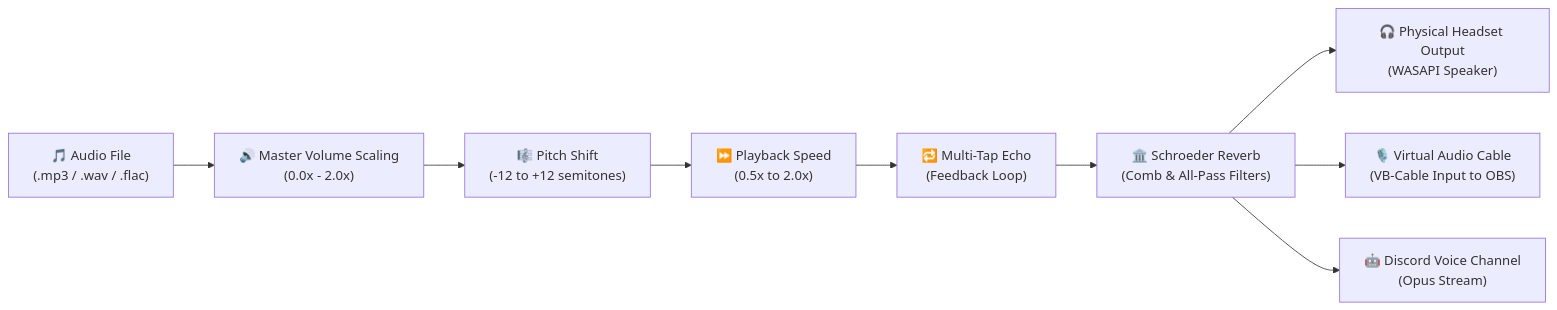
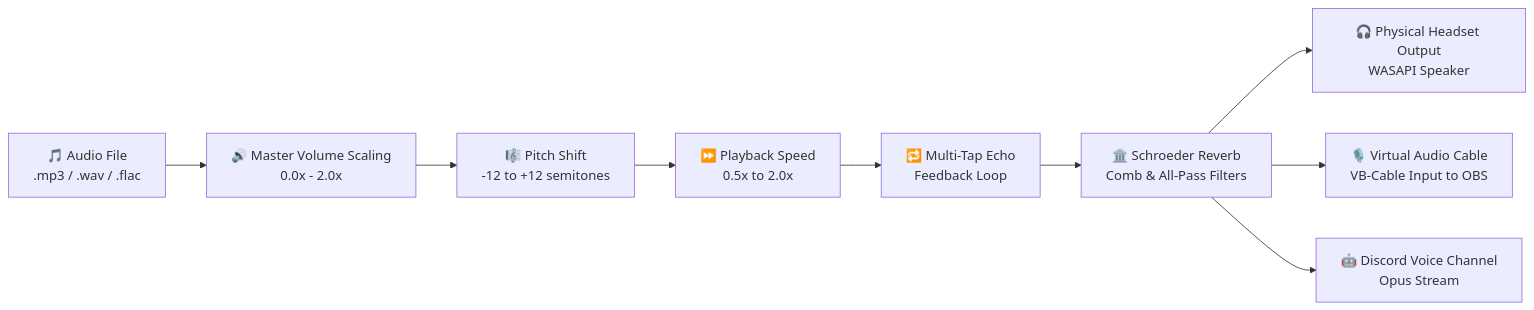
Before and after one commit to SinaDadvand/soundboard_app: the second of 2 diagrams in README.md, drawn with Mermaid. The commit also changed other lines of this file and 1 other file, not shown here.

First line of the commit message:
docs: fix Mermaid diagram syntax for GitHub rendering

````diff
--- a/README.md
+++ b/README.md
@@ -99,11 +99,11 @@
 ```mermaid
 flowchart LR
-    AudioFile["🎵 Audio File<br/>(.mp3 / .wav / .flac)"] --> Gain["🔊 Master Volume Scaling<br/>(0.0x - 2.0x)"]
-    Gain --> Pitch["🎼 Pitch Shift<br/>(-12 to +12 semitones)"]
-    Pitch --> Speed["⏩ Playback Speed<br/>(0.5x to 2.0x)"]
-    Speed --> Echo["🔁 Multi-Tap Echo<br/>(Feedback Loop)"]
-    Echo --> Reverb["🏛️ Schroeder Reverb<br/>(Comb & All-Pass Filters)"]
-    Reverb --> Output1["🎧 Physical Headset Output<br/>(WASAPI Speaker)"]
-    Reverb --> Output2["🎙️ Virtual Audio Cable<br/>(VB-Cable Input to OBS)"]
-    Reverb --> Output3["🤖 Discord Voice Channel<br/>(Opus Stream)"]
+    AudioFile["🎵 Audio File<br/>.mp3 / .wav / .flac"] --> Gain["🔊 Master Volume Scaling<br/>0.0x - 2.0x"]
+    Gain --> Pitch["🎼 Pitch Shift<br/>-12 to +12 semitones"]
+    Pitch --> Speed["⏩ Playback Speed<br/>0.5x to 2.0x"]
+    Speed --> Echo["🔁 Multi-Tap Echo<br/>Feedback Loop"]
+    Echo --> Reverb["🏛️ Schroeder Reverb<br/>Comb & All-Pass Filters"]
+    Reverb --> Output1["🎧 Physical Headset Output<br/>WASAPI Speaker"]
+    Reverb --> Output2["🎙️ Virtual Audio Cable<br/>VB-Cable Input to OBS"]
+    Reverb --> Output3["🤖 Discord Voice Channel<br/>Opus Stream"]
 ```
````
